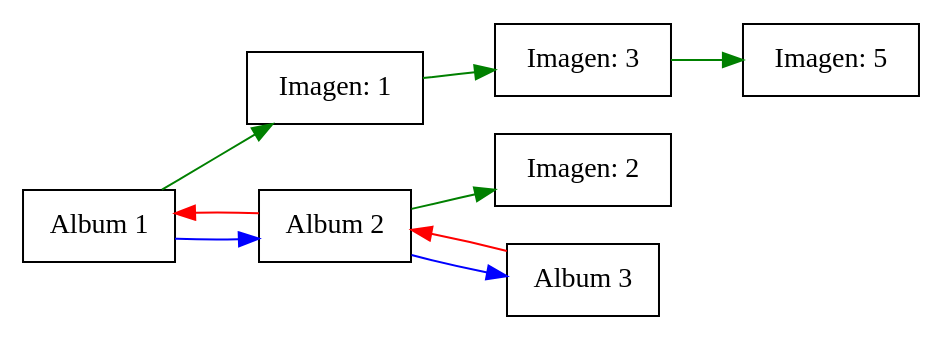
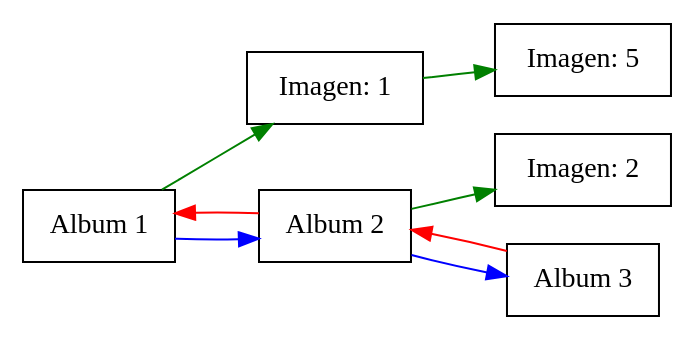
The diagram in dot/lista_album.dot (C-FernandoSazo/EDD_PROYECTOF2_202202906), drawn with Graphviz before and after one commit. The commit also changed 9 other files, not shown here.

```diff
--- a/dot/lista_album.dot
+++ b/dot/lista_album.dot
@@ -1,19 +1,17 @@
  digraph albums {
      rankdir=LR;
      node [shape=record];
  "Node           1 " [label="Album 1"];
  "Node           1 Img           1 " [label=" Imagen:            1 "];
  "Node           1 " -> "Node           1 Img           1 " [color=green];
  "Node           1 Img           1 " -> "Node           1 Img           2 " [color=green];
- "Node           1 Img           2 " [label=" Imagen:            3 "];
- "Node           1 Img           2 " -> "Node           1 Img           3 " [color=green];
- "Node           1 Img           3 " [label=" Imagen:            5 "];
+ "Node           1 Img           2 " [label=" Imagen:            5 "];
      "Node           1 " -> "Node           2 " [color=blue];
      "Node           2 " -> "Node           1 " [color=red];
  "Node           2 " [label="Album 2"];
  "Node           2 Img           1 " [label=" Imagen:            2 "];
  "Node           2 " -> "Node           2 Img           1 " [color=green];
      "Node           2 " -> "Node           3 " [color=blue];
      "Node           3 " -> "Node           2 " [color=red];
  "Node           3 " [label="Album 3"];
  }
```
